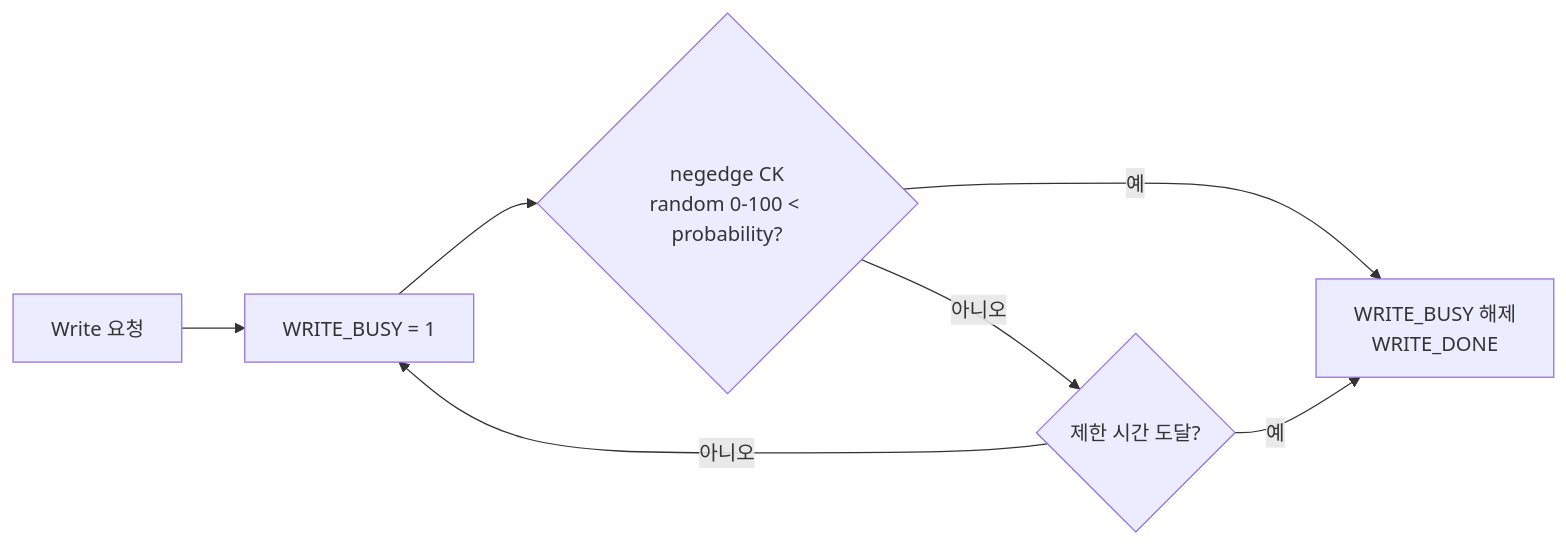
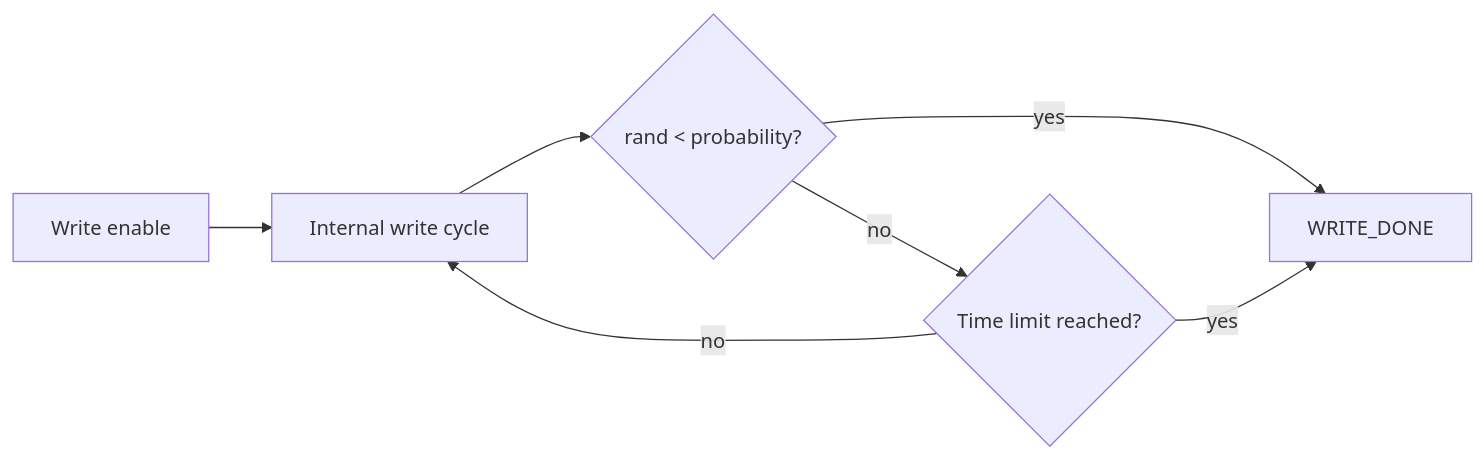
One commit to nemo99007/yt-paper changed the diagram in docs/papers/ref-20261018-d4fc-variation-aware-modeling-method-for-mram-behavior-model-usin.md. Above: the diagram before and after it, drawn with Mermaid. The commit also changed other lines of this file and 172 other files, not shown here.

````diff
--- a/docs/papers/ref-20261018-d4fc-variation-aware-modeling-method-for-mram-behavior-model-usin.md
+++ b/docs/papers/ref-20261018-d4fc-variation-aware-modeling-method-for-mram-behavior-model-usin.md
@@ -242,9 +199,9 @@
 ```mermaid
 flowchart LR
-    A[Write 요청] --> B[WRITE_BUSY = 1]
-    B --> C{negedge CK<br/>random 0-100 < probability?}
-    C -- 예 --> D[WRITE_BUSY 해제<br/>WRITE_DONE]
-    C -- 아니오 --> E{제한 시간 도달?}
-    E -- 예 --> D
-    E -- 아니오 --> B
+  A[Write enable] --> B[Internal write cycle]
+  B --> C{rand < probability?}
+  C -- yes --> D[WRITE_DONE]
+  C -- no --> E{Time limit reached?}
+  E -- yes --> D
+  E -- no --> B
 ```
````
